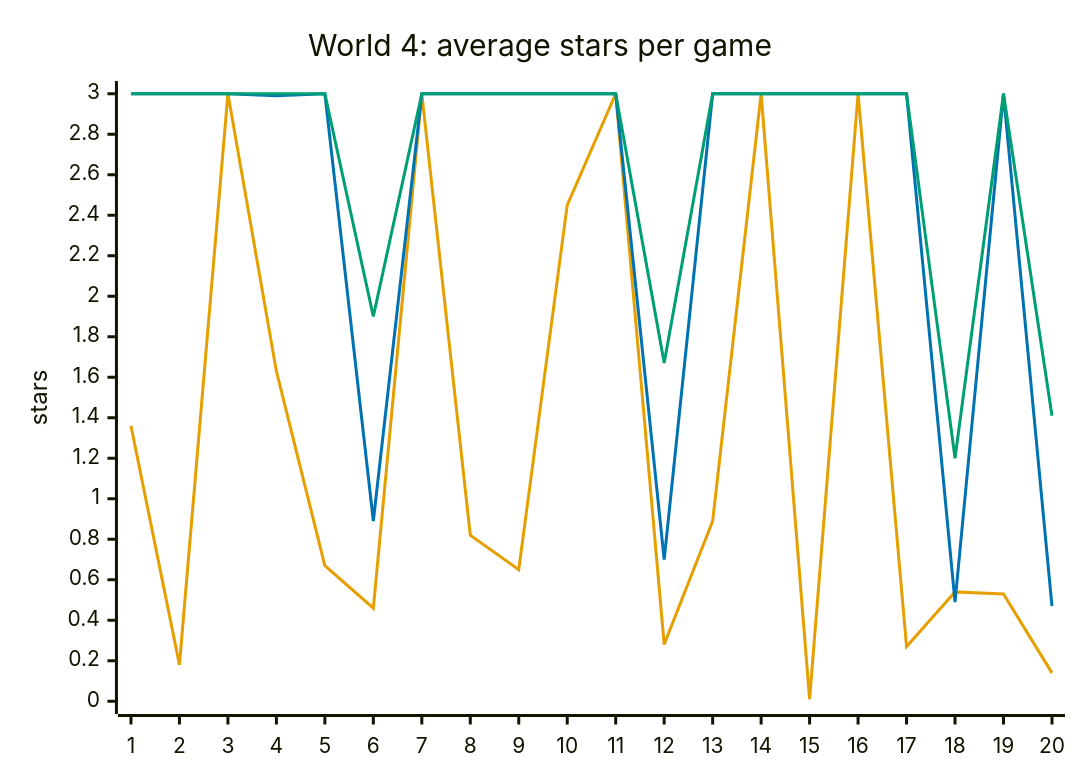
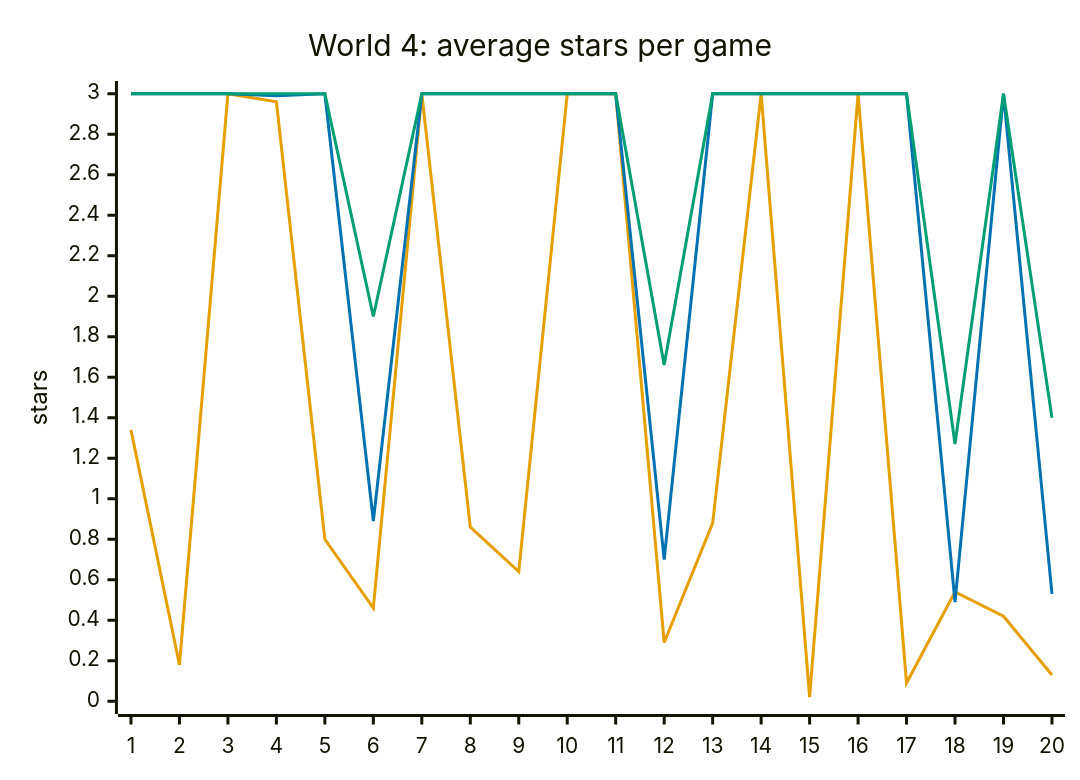
The eighth of 8 diagrams in docs/design/difficulty.md (Pavelya/dots), drawn with Mermaid before and after one commit. The commit also changed other lines of this file and 13 other files, not shown here.

````diff
--- a/docs/design/difficulty.md
+++ b/docs/design/difficulty.md
@@ -230,10 +231,10 @@
 ```mermaid
 %%{init: {"themeVariables": {"xyChart": {"plotColorPalette": "#E69F00, #0072B2, #009E73, #999999"}}}}%%
 xychart-beta
     title "World 4: average stars per game"
     x-axis ["1", "2", "3", "4", "5", "6", "7", "8", "9", "10", "11", "12", "13", "14", "15", "16", "17", "18", "19", "20"]
     y-axis "stars" 0 --> 3
-    line [1.36, 0.18, 3.00, 1.63, 0.67, 0.46, 3.00, 0.82, 0.65, 2.45, 3.00, 0.28, 0.89, 3.00, 0.01, 3.00, 0.27, 0.54, 0.53, 0.14]
-    line [3.00, 3.00, 3.00, 2.99, 3.00, 0.89, 3.00, 3.00, 3.00, 3.00, 3.00, 0.70, 3.00, 3.00, 3.00, 3.00, 3.00, 0.49, 3.00, 0.47]
-    line [3.00, 3.00, 3.00, 3.00, 3.00, 1.90, 3.00, 3.00, 3.00, 3.00, 3.00, 1.67, 3.00, 3.00, 3.00, 3.00, 3.00, 1.20, 3.00, 1.41]
+    line [1.34, 0.18, 3.00, 2.96, 0.80, 0.46, 3.00, 0.86, 0.64, 3.00, 3.00, 0.29, 0.88, 3.00, 0.02, 3.00, 0.09, 0.54, 0.42, 0.13]
+    line [3.00, 3.00, 3.00, 2.99, 3.00, 0.89, 3.00, 3.00, 3.00, 3.00, 3.00, 0.70, 3.00, 3.00, 3.00, 3.00, 3.00, 0.49, 3.00, 0.53]
+    line [3.00, 3.00, 3.00, 3.00, 3.00, 1.90, 3.00, 3.00, 3.00, 3.00, 3.00, 1.66, 3.00, 3.00, 3.00, 3.00, 3.00, 1.27, 3.00, 1.40]
 ```
````
